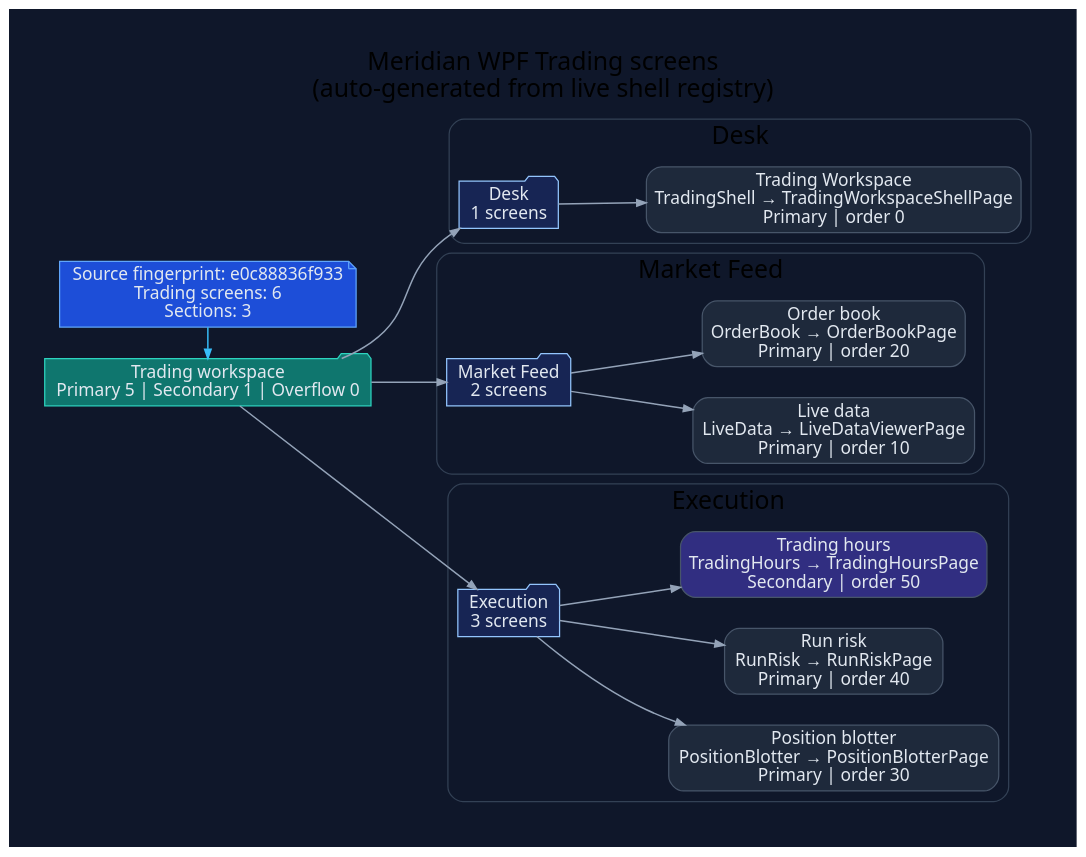
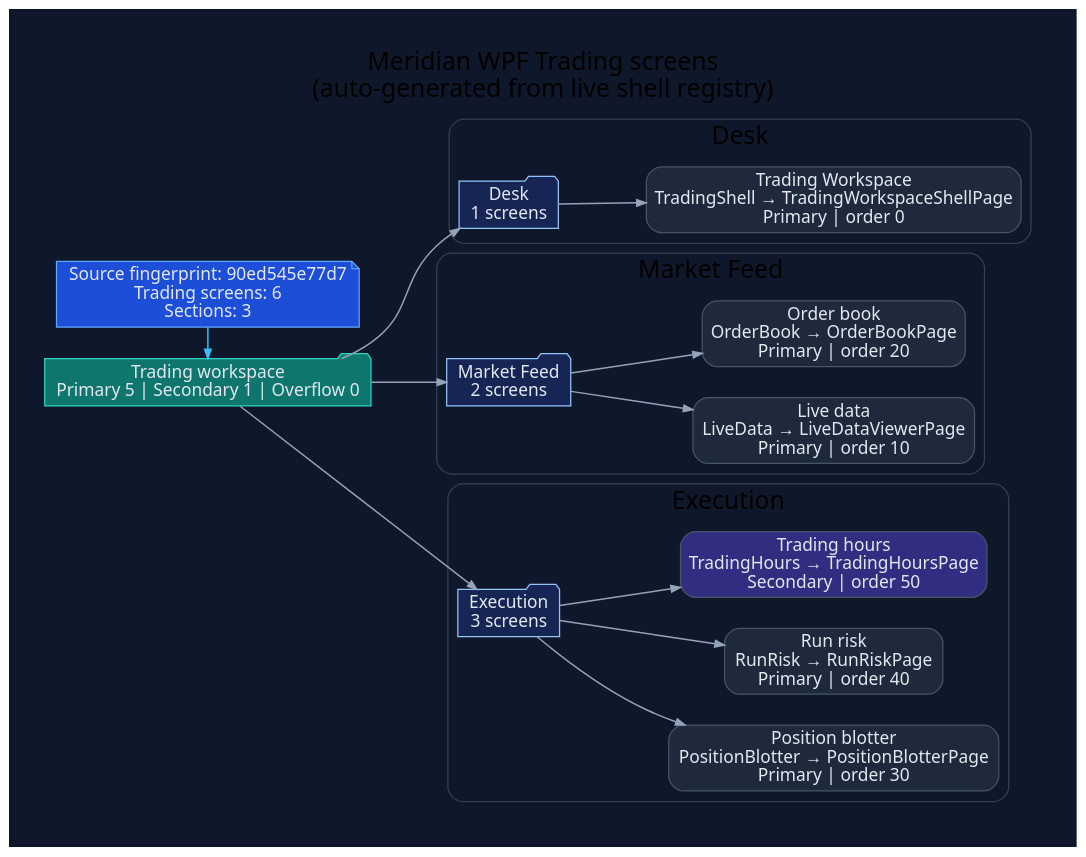
Before and after one commit to rodoHasArrived/Meridian-main: the diagram in docs/diagrams/ui-wpf-screens-trading.dot, drawn with Graphviz. The commit also changed 73 other files, not shown here.

```diff
--- a/docs/diagrams/ui-wpf-screens-trading.dot
+++ b/docs/diagrams/ui-wpf-screens-trading.dot
@@ -1,62 +1,62 @@
 // -----------------------------------------------------------------------------
 // <auto-generated>
 // Generated by scripts/generate-diagrams.mjs.
 // Do not edit this file directly; update the WPF source files instead.
 // -----------------------------------------------------------------------------
 digraph WpfTradingScreens {
   graph [
     rankdir=LR,
     labelloc=t,
     label="Meridian WPF Trading screens\n(auto-generated from live shell registry)",
     fontname="Segoe UI",
     fontsize=20,
     pad=0.4,
     nodesep=0.35,
     ranksep=0.85,
     bgcolor="#0f172a"
   ];
   node [fontname="Segoe UI", shape=box, style="rounded,filled", color="#475569", fontcolor="#e2e8f0", fillcolor="#1e293b"];
   edge [fontname="Segoe UI", color="#94a3b8", penwidth=1.2, arrowsize=0.75];
 
-  generated [shape=note, fillcolor="#1d4ed8", color="#60a5fa", label="Source fingerprint: e0c88836f933\nTrading screens: 6\nSections: 3"];
+  generated [shape=note, fillcolor="#1d4ed8", color="#60a5fa", label="Source fingerprint: 90ed545e77d7\nTrading screens: 6\nSections: 3"];
   workspace [shape=folder, fillcolor="#0f766e", color="#2dd4bf", label="Trading workspace\nPrimary 5 | Secondary 1 | Overflow 0"];
   generated -> workspace [color="#38bdf8"];
 
   subgraph cluster_section_1 {
     label="Desk";
     color="#334155";
     style="rounded";
     section_1 [shape=folder, fillcolor="#172554", color="#93c5fd", label="Desk\n1 screens"];
     workspace -> section_1;
     screen_TradingShell [fillcolor="#1e293b", label="Trading Workspace\nTradingShell → TradingWorkspaceShellPage\nPrimary | order 0"];
     section_1 -> screen_TradingShell;
   }
 
   subgraph cluster_section_2 {
     label="Market Feed";
     color="#334155";
     style="rounded";
     section_2 [shape=folder, fillcolor="#172554", color="#93c5fd", label="Market Feed\n2 screens"];
     workspace -> section_2;
     screen_LiveData [fillcolor="#1e293b", label="Live data\nLiveData → LiveDataViewerPage\nPrimary | order 10"];
     section_2 -> screen_LiveData;
     screen_OrderBook [fillcolor="#1e293b", label="Order book\nOrderBook → OrderBookPage\nPrimary | order 20"];
     section_2 -> screen_OrderBook;
   }
 
   subgraph cluster_section_3 {
     label="Execution";
     color="#334155";
     style="rounded";
     section_3 [shape=folder, fillcolor="#172554", color="#93c5fd", label="Execution\n3 screens"];
     workspace -> section_3;
     screen_PositionBlotter [fillcolor="#1e293b", label="Position blotter\nPositionBlotter → PositionBlotterPage\nPrimary | order 30"];
     section_3 -> screen_PositionBlotter;
     screen_RunRisk [fillcolor="#1e293b", label="Run risk\nRunRisk → RunRiskPage\nPrimary | order 40"];
     section_3 -> screen_RunRisk;
     screen_TradingHours [fillcolor="#312e81", label="Trading hours\nTradingHours → TradingHoursPage\nSecondary | order 50"];
     section_3 -> screen_TradingHours;
   }
 
   { rank=min; generated; workspace; }
 }
```
